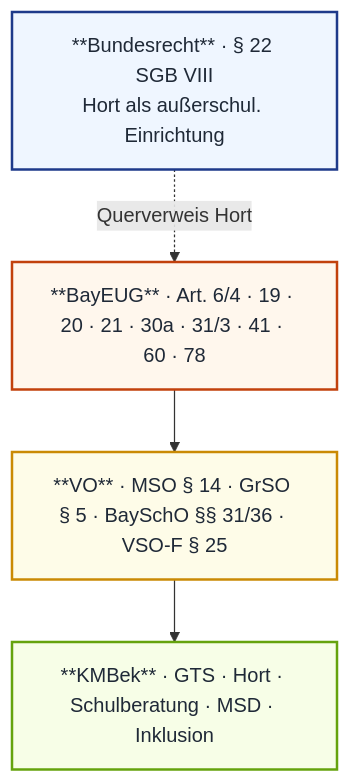
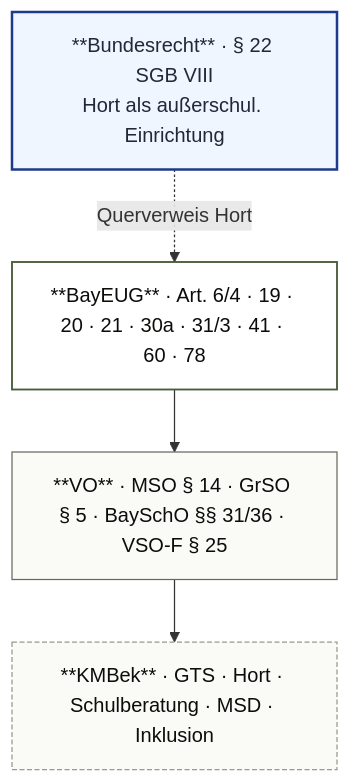
Before and after one commit to snflsknfkldnfs/weitergehts-online: the first of 2 diagrams in _mkdocs/docs/mp08/index.md, drawn with Mermaid. The commit also changed 30 other files, not shown here.

````diff
--- a/_mkdocs/docs/mp08/index.md
+++ b/_mkdocs/docs/mp08/index.md
@@ -11,15 +11,15 @@
 ```mermaid
 flowchart TB
  BU["**Bundesrecht** · § 22 SGB VIII<br/>Hort als außerschul. Einrichtung"]:::bu
  BAY["**BayEUG** · Art. 6/4 · 19 · 20 · 21 · 30a · 31/3 · 41 · 60 · 78"]:::bay
  VO["**VO** · MSO § 14 · GrSO § 5 · BaySchO §§ 31/36 · VSO-F § 25<br/>"]:::vo
  KM["**KMBek** · GTS · Hort · Schulberatung · MSD · Inklusion<br/>"]:::km
 
  BU -.Querverweis Hort.-> BAY
  BAY --> VO --> KM
 
  classDef bu fill:#eff6ff,stroke:#1e3a8a,stroke-width:2px,color:#1f2937
- classDef bay fill:#fff7ed,stroke:#c2410c,stroke-width:2px,color:#1f2937
- classDef vo fill:#fefce8,stroke:#ca8a04,stroke-width:2px,color:#1f2937
- classDef km fill:#f7fee7,stroke:#65a30d,stroke-width:2px,color:#1f2937
+ classDef bay fill:#ffffff,stroke:#4a5d3b,stroke-width:1.5px,color:#0c0c0a
+ classDef vo fill:#fafaf6,stroke:#6b685f,stroke-width:1px,color:#0c0c0a
+ classDef km fill:#fafaf6,stroke:#9b988e,stroke-width:1px,color:#0c0c0a,stroke-dasharray: 4 2
 ```
````
